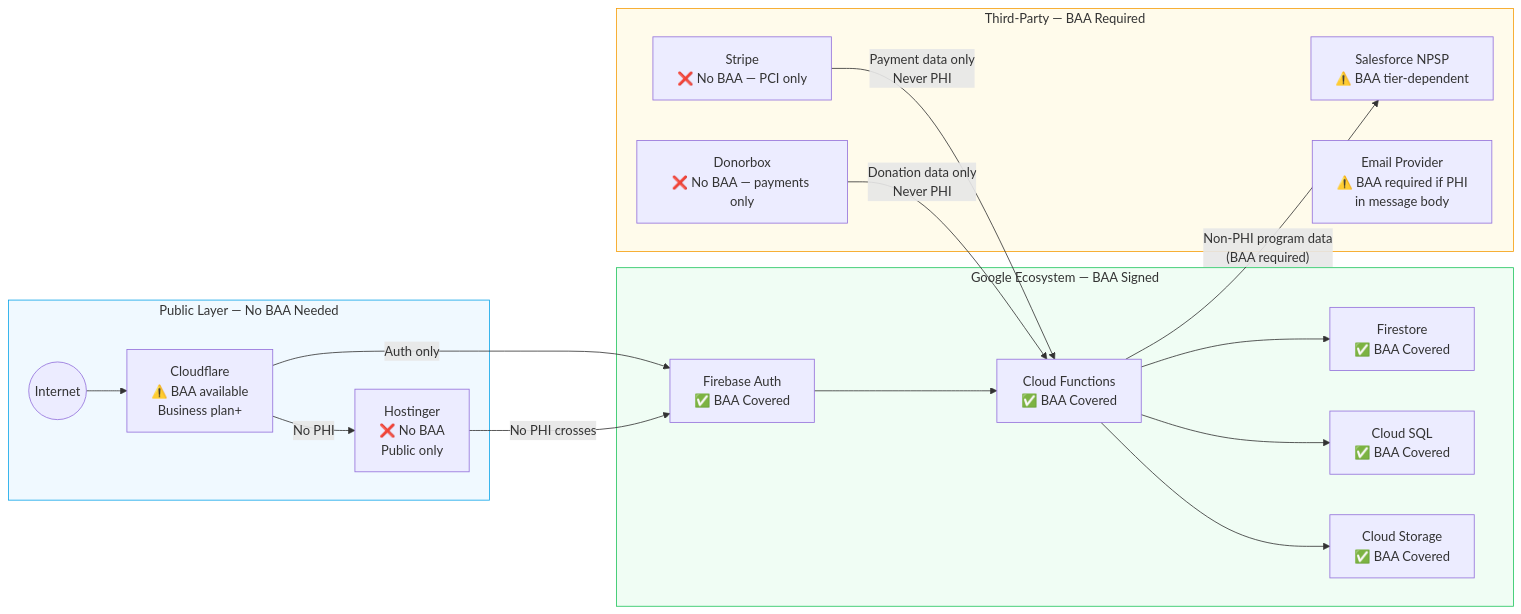
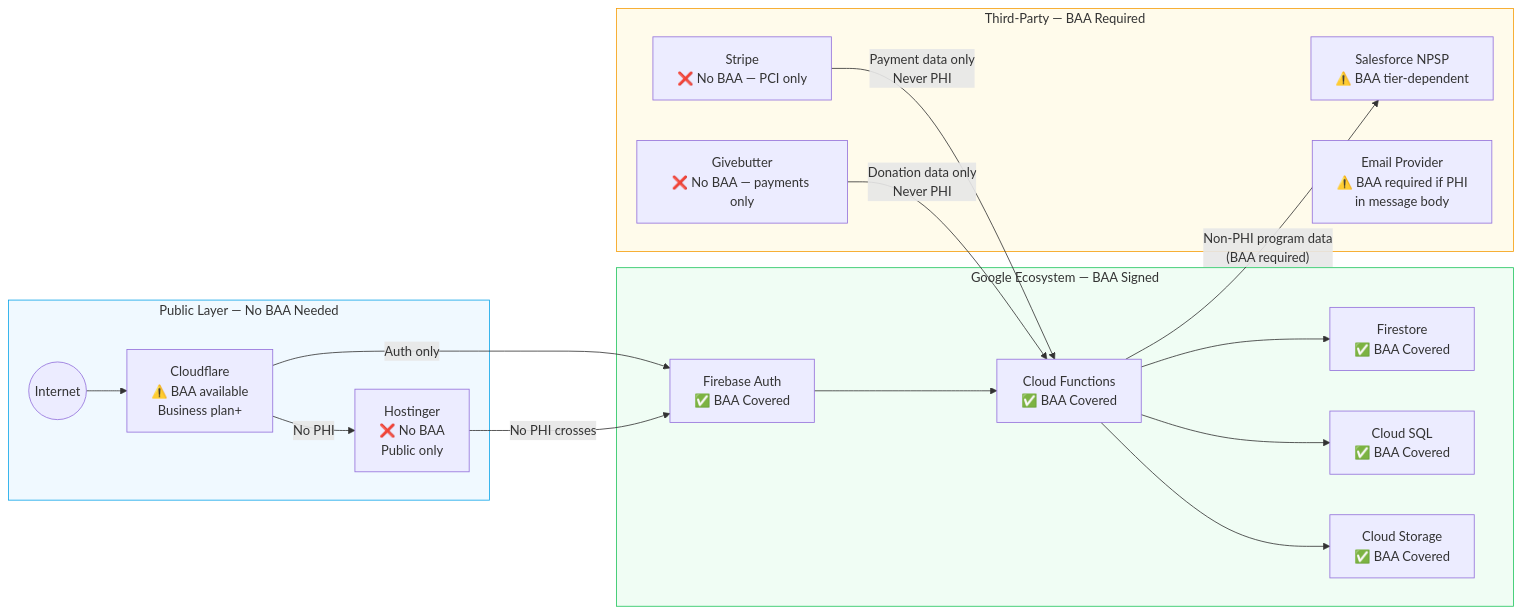
One commit to DCodeBase-X/hipaa-firebase-gcp changed the first of 2 diagrams in docs/04-multi-vendor-boundaries.md. Above: the diagram before and after it, drawn with Mermaid. The commit also changed other lines of this file and 22 other files, not shown here.

````diff
--- a/docs/04-multi-vendor-boundaries.md
+++ b/docs/04-multi-vendor-boundaries.md
@@ -11,40 +11,40 @@
 ```mermaid
 flowchart LR
     subgraph Public["Public Layer — No BAA Needed"]
         INT(("Internet"))
         CF["Cloudflare\n⚠️ BAA available\nBusiness plan+"]
         HOST["Hostinger\n❌ No BAA\nPublic only"]
     end
 
     subgraph Google["Google Ecosystem — BAA Signed"]
         FA["Firebase Auth\n✅ BAA Covered"]
         FF["Cloud Functions\n✅ BAA Covered"]
         FS["Firestore\n✅ BAA Covered"]
         SQL["Cloud SQL\n✅ BAA Covered"]
         GCS["Cloud Storage\n✅ BAA Covered"]
     end
 
     subgraph ThirdParty["Third-Party — BAA Required"]
         SF["Salesforce NPSP\n⚠️ BAA tier-dependent"]
         STR["Stripe\n❌ No BAA — PCI only"]
-        DB["Donorbox\n❌ No BAA — payments only"]
+        DB["Givebutter\n❌ No BAA — payments only"]
         EMAIL["Email Provider\n⚠️ BAA required if PHI\nin message body"]
     end
 
     INT --> CF
     CF -- "No PHI" --> HOST
     CF -- "Auth only" --> FA
     FA --> FF
     FF --> FS
     FF --> SQL
     FF --> GCS
     FF -- "Non-PHI program data\n(BAA required)" --> SF
     HOST -- "No PHI crosses" --> FA
 
     STR -- "Payment data only\nNever PHI" --> FF
     DB  -- "Donation data only\nNever PHI" --> FF
 
     style Public fill:#f0f9ff,stroke:#0ea5e9
     style Google fill:#f0fdf4,stroke:#22c55e
     style ThirdParty fill:#fffbeb,stroke:#f59e0b
 ```
````
